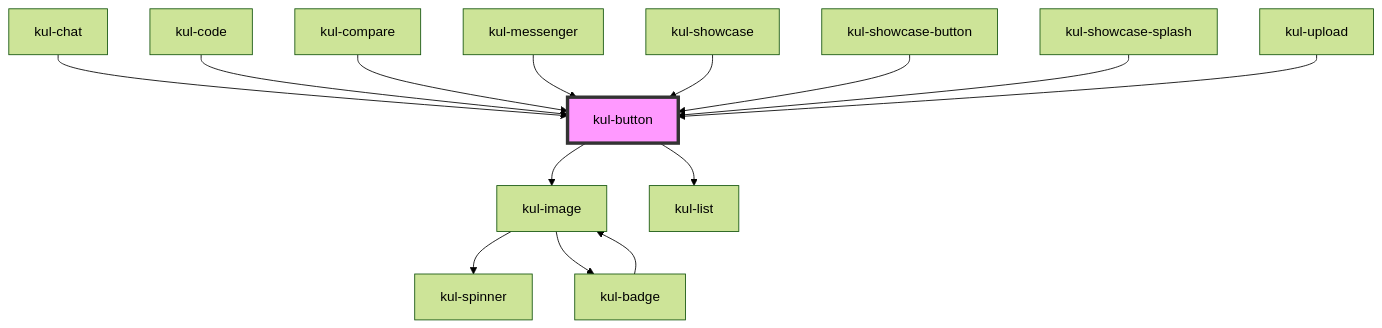
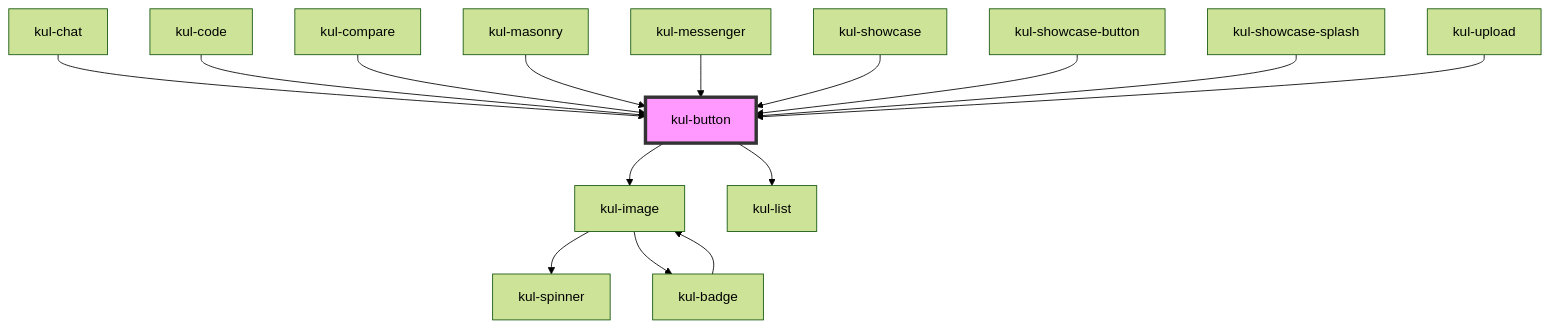
One commit to lucafoscili/ketchup-lite changed the diagram in packages/ketchup-lite/src/components/kul-button/readme.md. Above: the diagram before and after it, drawn with Mermaid (forest theme). The commit also changed other lines of this file and 22 other files, not shown here.

````diff
--- a/packages/ketchup-lite/src/components/kul-button/readme.md
+++ b/packages/ketchup-lite/src/components/kul-button/readme.md
@@ -157,17 +158,18 @@
 ```mermaid
 graph TD;
   kul-button --> kul-image
   kul-button --> kul-list
   kul-image --> kul-spinner
   kul-image --> kul-badge
   kul-badge --> kul-image
   kul-chat --> kul-button
   kul-code --> kul-button
   kul-compare --> kul-button
+  kul-masonry --> kul-button
   kul-messenger --> kul-button
   kul-showcase --> kul-button
   kul-showcase-button --> kul-button
   kul-showcase-splash --> kul-button
   kul-upload --> kul-button
   style kul-button fill:#f9f,stroke:#333,stroke-width:4px
 ```
````
